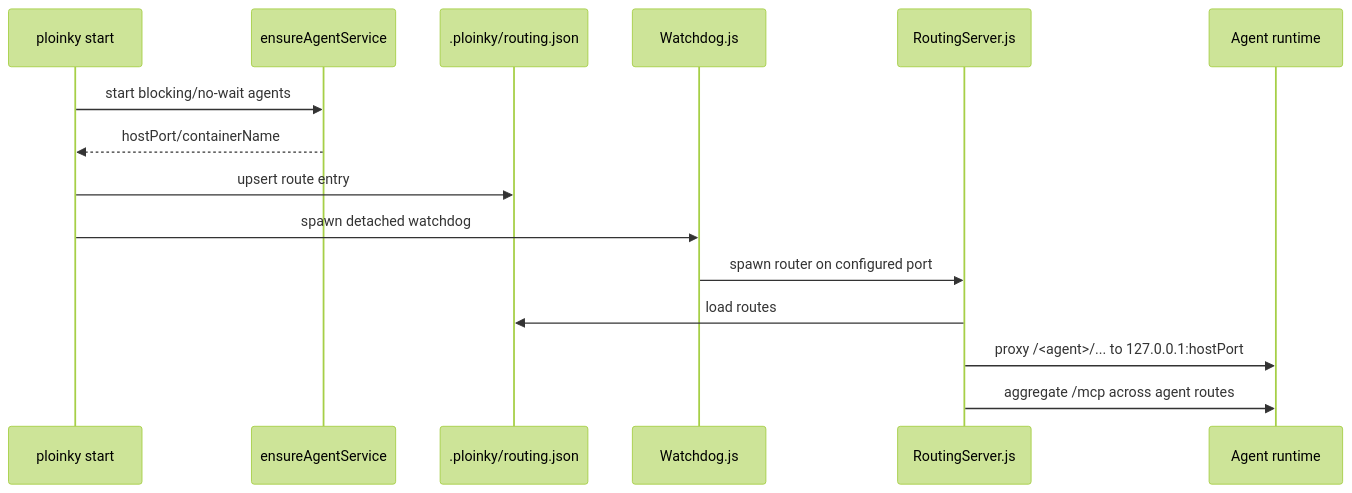
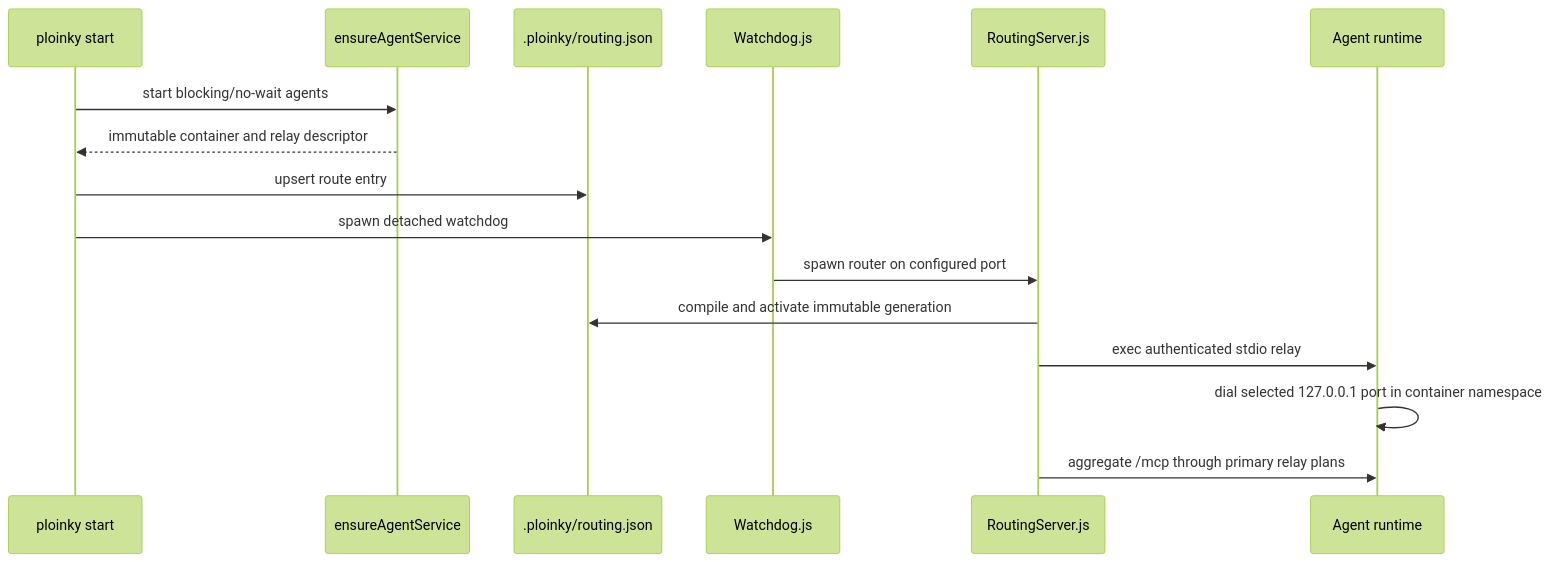
Before and after one commit to AssistOS-AI/ploinky: the fifth of 5 diagrams in docs/code-derived-agent-lifecycle.md, drawn with Mermaid (forest theme). The commit also changed other lines of this file and 129 other files, not shown here.

Commit message:
Route agent ports through confined runtime relays

````diff
--- a/docs/code-derived-agent-lifecycle.md
+++ b/docs/code-derived-agent-lifecycle.md
@@ -576,18 +564,19 @@
 ```mermaid
 sequenceDiagram
   participant CLI as ploinky start
   participant Agent as ensureAgentService
   participant Route as .ploinky/routing.json
   participant Watchdog as Watchdog.js
   participant Router as RoutingServer.js
   participant Runtime as Agent runtime
 
   CLI->>Agent: start blocking/no-wait agents
-  Agent-->>CLI: hostPort/containerName
+  Agent-->>CLI: immutable container and relay descriptor
   CLI->>Route: upsert route entry
   CLI->>Watchdog: spawn detached watchdog
   Watchdog->>Router: spawn router on configured port
-  Router->>Route: load routes
-  Router->>Runtime: proxy /<agent>/... to 127.0.0.1:hostPort
-  Router->>Runtime: aggregate /mcp across agent routes
+  Router->>Route: compile and activate immutable generation
+  Router->>Runtime: exec authenticated stdio relay
+  Runtime->>Runtime: dial selected 127.0.0.1 port in container namespace
+  Router->>Runtime: aggregate /mcp through primary relay plans
 ```
````
